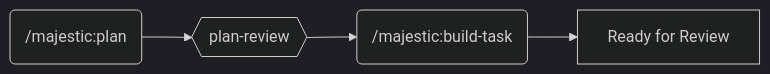
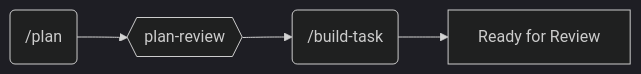
The third of 3 diagrams in plugins/majestic-engineer/README.md (majesticlabs-dev/majestic-marketplace), drawn with Mermaid (dark theme) before and after one commit. The commit also changed other lines of this file, not shown here.

````diff
--- a/plugins/majestic-engineer/README.md
+++ b/plugins/majestic-engineer/README.md
@@ -41,6 +86,6 @@
 ```mermaid
 graph LR
-    A(/majestic:plan) --> B{{plan-review}}
-    B --> C(/majestic:build-task)
-    C --> D[Ready for Review]
+    PL(/plan) --> PR{{plan-review}}
+    PR --> BT(/build-task)
+    BT --> Done[Ready for Review]
 ```
````
